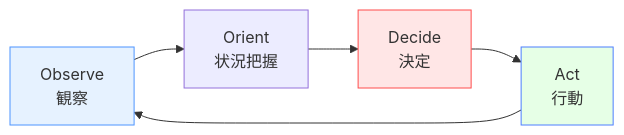
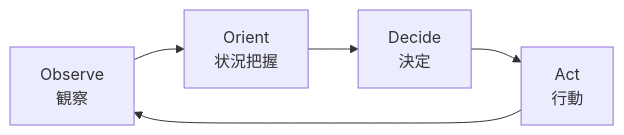
Before and after one commit to shuji-bonji/Situational-Awareness-and-Decision-Making: the second of 11 diagrams in docs/applications/emergency-dm.md, drawn with Mermaid. The commit also changed other lines of this file and 49 other files, not shown here.

Commit message:
fix: ダークモードで見づらい図の色の変更

````diff
--- a/docs/applications/emergency-dm.md
+++ b/docs/applications/emergency-dm.md
@@ -65,11 +65,11 @@
     ```mermaid
     graph LR
         A[Observe<br>観察] --> B[Orient<br>状況把握]
         B --> C[Decide<br>決定]
         C --> D[Act<br>行動]
         D --> A
         
-        style A fill:#e6f2ff,stroke:#4d94ff
-        style C fill:#ffe6e6,stroke:#ff4d4d
-        style D fill:#e6ffe6,stroke:#4d7fff
+    
+    
+    
     ```
````
